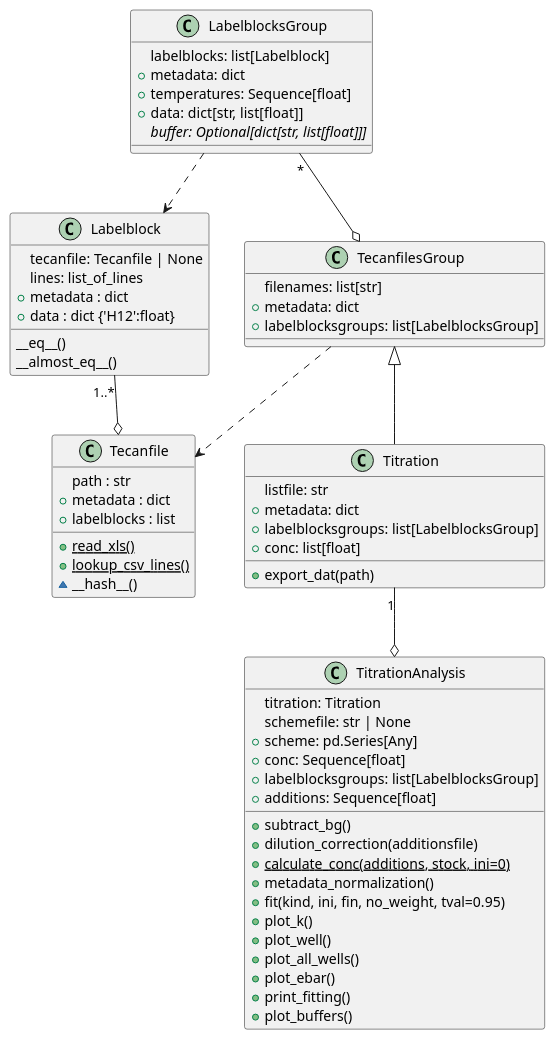
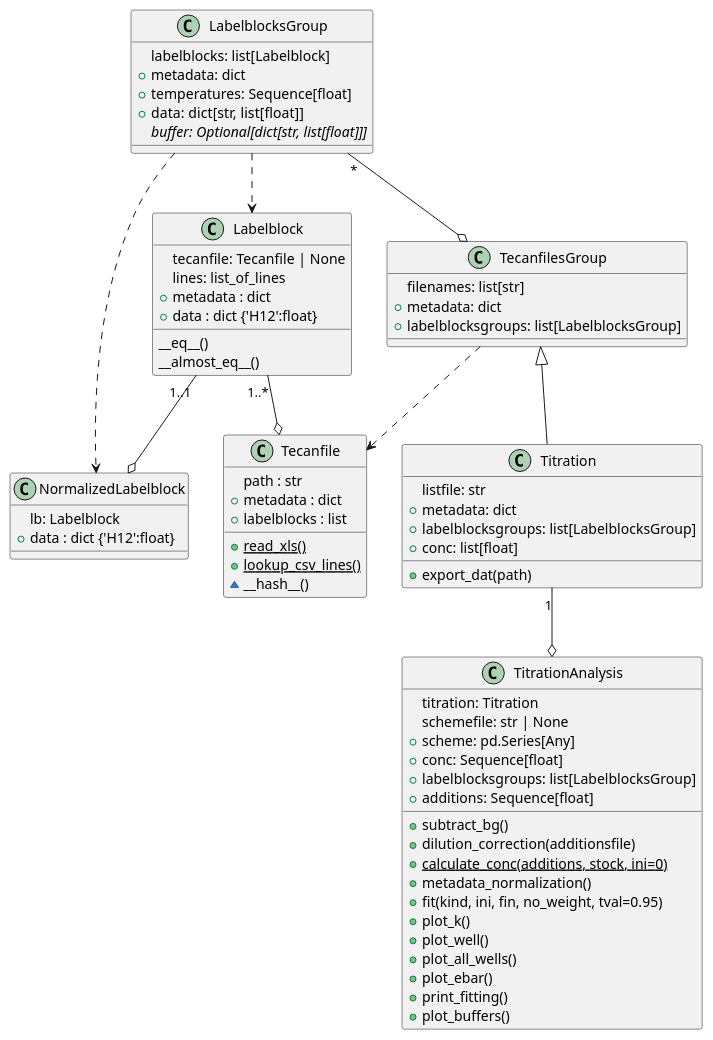
Before and after one commit to darosio/ClopHfit: the second of 2 diagrams in docs/api/api.rst, drawn with PlantUML. The commit also changed other lines of this file and 5 other files, not shown here.

```diff
--- a/docs/api/api.rst
+++ b/docs/api/api.rst
@@ -67,70 +73,77 @@
 .. uml::
 
    Labelblock "1..*" --o Tecanfile
+   Labelblock "1..1" --o NormalizedLabelblock
 
    class Labelblock{
      tecanfile: Tecanfile | None
      lines: list_of_lines
      +metadata : dict
      +data : dict {'H12':float}
 	 __eq__()
      __almost_eq__()
-    }
+   }
 
-	class Tecanfile{
-	  path : str
-	  +metadata : dict
-	  +labelblocks : list
-	  {static} +read_xls()
-	  {static} +lookup_csv_lines()
-	  ~__hash__()
-    }
+   class NormalizedLabelblock{
+     lb: Labelblock
+     +data : dict {'H12':float}
+   }
 
-	LabelblocksGroup ..> Labelblock
-    TecanfilesGroup ..> Tecanfile
+   class Tecanfile{
+     path : str
+	 +metadata : dict
+	 +labelblocks : list
+	 {static} +read_xls()
+	 {static} +lookup_csv_lines()
+	 ~__hash__()
+   }
 
-	LabelblocksGroup "*" --o TecanfilesGroup
-    TecanfilesGroup <|-- Titration
-    Titration "1" --o TitrationAnalysis
+   LabelblocksGroup ..> Labelblock
+   LabelblocksGroup ..> NormalizedLabelblock
+   TecanfilesGroup ..> Tecanfile
 
-	class LabelblocksGroup{
-	  labelblocks: list[Labelblock]
-	  +metadata: dict
-	  +temperatures: Sequence[float]
-	  +data: dict[str, list[float]]
-	  {abstract} buffer: Optional[dict[str, list[float]]]
-    }
+   LabelblocksGroup "*" --o TecanfilesGroup
+   TecanfilesGroup <|-- Titration
+   Titration "1" --o TitrationAnalysis
 
-	class TecanfilesGroup{
-      filenames: list[str]
-	  +metadata: dict
-	  +labelblocksgroups: list[LabelblocksGroup]
-    }
+   class LabelblocksGroup{
+     labelblocks: list[Labelblock]
+	 +metadata: dict
+	 +temperatures: Sequence[float]
+	 +data: dict[str, list[float]]
+	 {abstract} buffer: Optional[dict[str, list[float]]]
+   }
 
-	class Titration{
-	  listfile: str
-	  +metadata: dict
-	  +labelblocksgroups: list[LabelblocksGroup]
-	  +conc: list[float]
-	  +export_dat(path)
-    }
+   class TecanfilesGroup{
+     filenames: list[str]
+	 +metadata: dict
+	 +labelblocksgroups: list[LabelblocksGroup]
+   }
 
-	class TitrationAnalysis{
-	  titration: Titration
-	  schemefile: str | None
-	  +scheme: pd.Series[Any]
-	  +conc: Sequence[float]
-	  +labelblocksgroups: list[LabelblocksGroup]
-	  +additions: Sequence[float]
-	  +subtract_bg()
-	  +dilution_correction(additionsfile)
-	  {static} +calculate_conc(additions, stock, ini=0)
-	  +metadata_normalization()
-	  +fit(kind, ini, fin, no_weight, tval=0.95)
-	  +plot_k()
-	  +plot_well()
-	  +plot_all_wells()
-	  +plot_ebar()
-	  +print_fitting()
-	  +plot_buffers()
-	}
+   class Titration{
+     listfile: str
+	 +metadata: dict
+	 +labelblocksgroups: list[LabelblocksGroup]
+	 +conc: list[float]
+	 +export_dat(path)
+   }
+
+   class TitrationAnalysis{
+     titration: Titration
+	 schemefile: str | None
+	 +scheme: pd.Series[Any]
+	 +conc: Sequence[float]
+	 +labelblocksgroups: list[LabelblocksGroup]
+	 +additions: Sequence[float]
+	 +subtract_bg()
+	 +dilution_correction(additionsfile)
+	 {static} +calculate_conc(additions, stock, ini=0)
+	 +metadata_normalization()
+	 +fit(kind, ini, fin, no_weight, tval=0.95)
+	 +plot_k()
+	 +plot_well()
+	 +plot_all_wells()
+	 +plot_ebar()
+	 +print_fitting()
+	 +plot_buffers()
+   }
```
